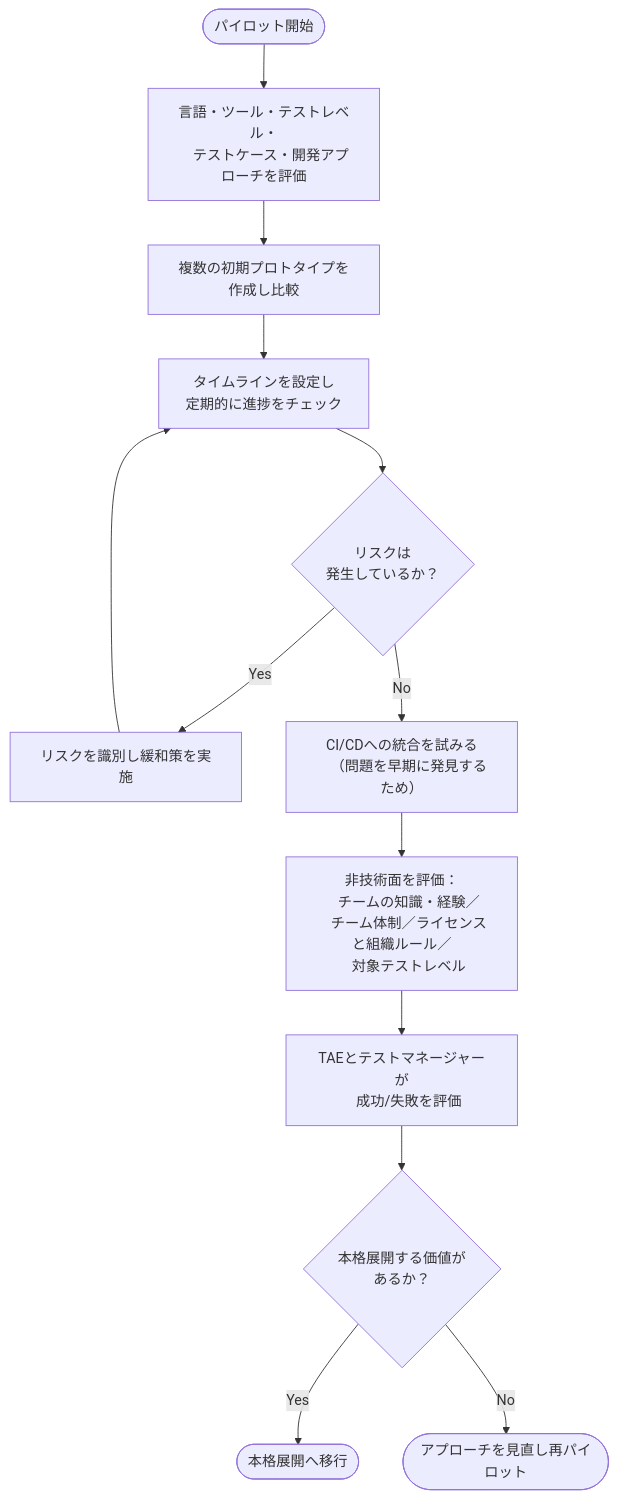
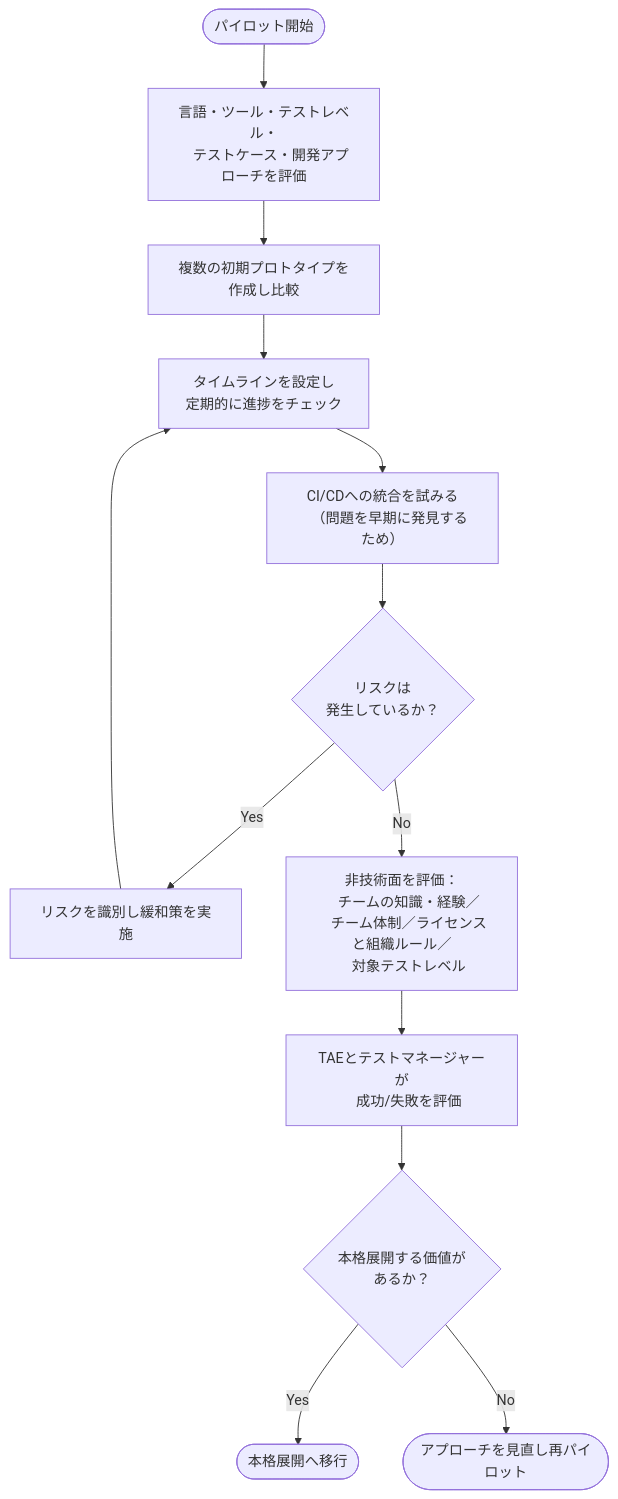
One commit to myoshi2891/Quality-Assurance-Studies changed the second of 6 diagrams in Ctal-tae-v2.0-ch4-implementing-test-automation.md. Above: the diagram before and after it, drawn with Mermaid. The commit also changed 4 other files, not shown here.

Commit message:
docs(ctal-tae): CTAL-TAE v2.0 ガイドの内容・Mermaid図・シークレット管理指針を更新

````diff
--- a/Ctal-tae-v2.0-ch4-implementing-test-automation.md
+++ b/Ctal-tae-v2.0-ch4-implementing-test-automation.md
@@ -100,24 +100,24 @@
 ```mermaid
 flowchart TD
     START(["パイロット開始"]) --> PLAN["言語・ツール・テストレベル・
     テストケース・開発アプローチを評価"]
     PLAN --> PROTO["複数の初期プロトタイプを作成し比較"]
     PROTO --> TIMELINE["タイムラインを設定し
     定期的に進捗をチェック"]
-    TIMELINE --> RISKCHECK{"リスクは
+    TIMELINE --> CICD["CI/CDへの統合を試みる
+    （問題を早期に発見するため）"]
+    CICD --> RISKCHECK{"リスクは
     発生しているか？"}
     RISKCHECK -->|Yes| MITIGATE["リスクを識別し緩和策を実施"]
     MITIGATE --> TIMELINE
-    RISKCHECK -->|No| CICD["CI/CDへの統合を試みる
-    （問題を早期に発見するため）"]
-    CICD --> NONTECH["非技術面を評価：
+    RISKCHECK -->|No| NONTECH["非技術面を評価：
     チームの知識・経験／
     チーム体制／ライセンスと組織ルール／
     対象テストレベル"]
     NONTECH --> EVAL["TAEとテストマネージャーが
     成功/失敗を評価"]
     EVAL --> DECISION{"本格展開する価値が
     あるか？"}
     DECISION -->|Yes| SCALE(["本格展開へ移行"])
     DECISION -->|No| REVISE(["アプローチを見直し再パイロット"])
 ```
````
